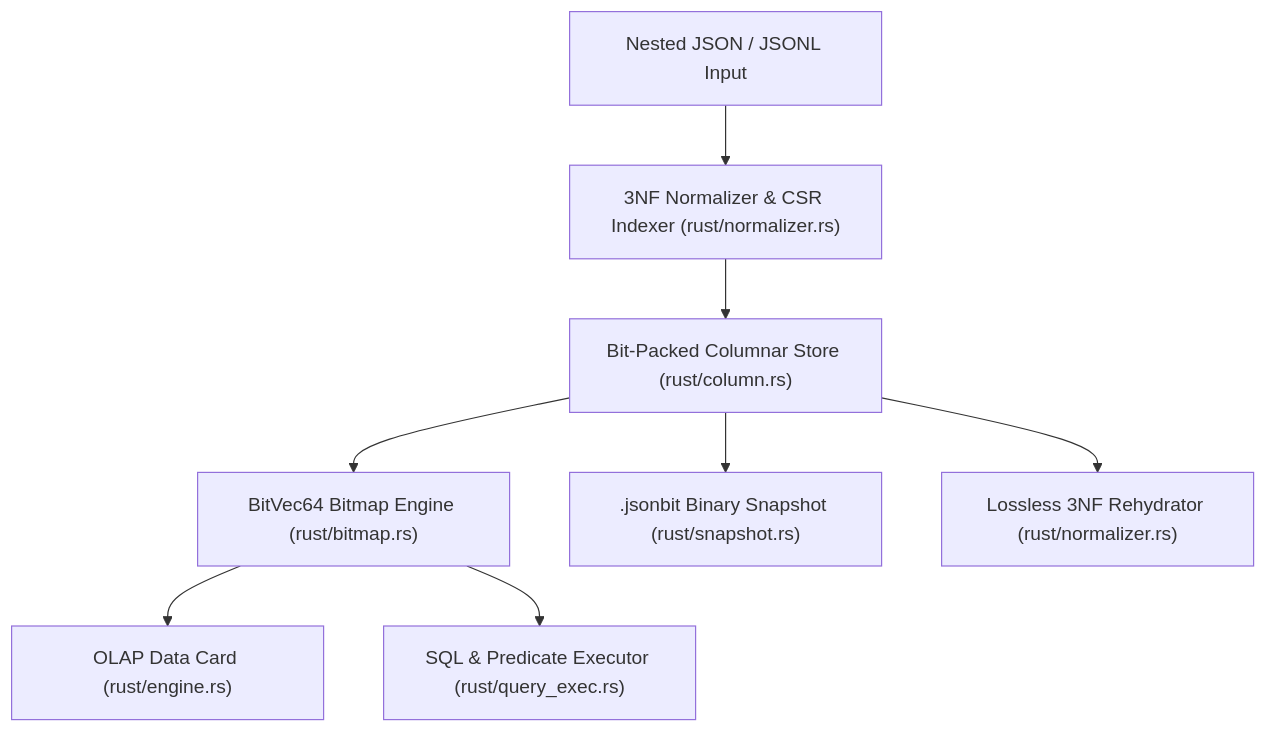
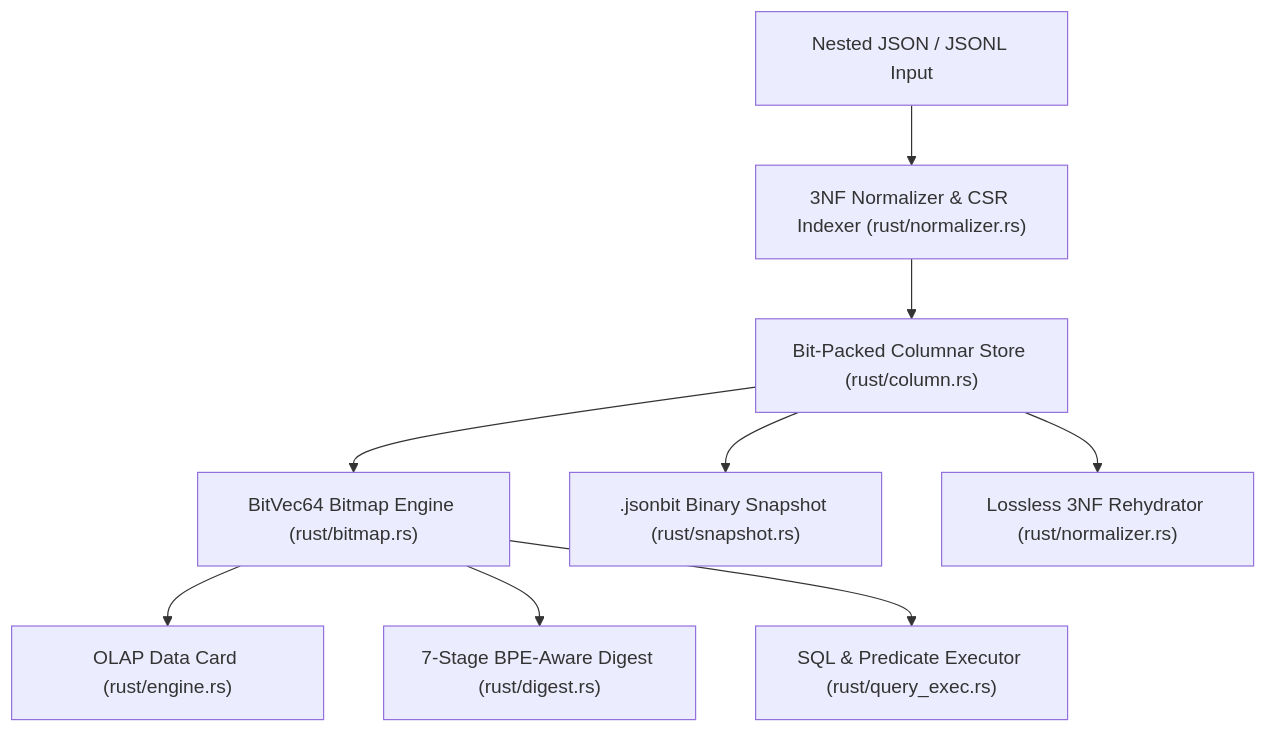
The diagram in README.md (prathikmurugan/jsonbit), drawn with Mermaid before and after one commit. The commit also changed other lines of this file and 8 other files, not shown here.

Commit message:
feat(digest): 7-stage BPE-aware factorized digest (-83.7% vs Pretty JSON), terminal demo & benchmarks (#6)

````diff
--- a/README.md
+++ b/README.md
@@ -199,10 +284,11 @@
 ```mermaid
 flowchart TD
     Input["Nested JSON / JSONL Input"] --> Normalizer["3NF Normalizer & CSR Indexer (rust/normalizer.rs)"]
     Normalizer --> ColStore["Bit-Packed Columnar Store (rust/column.rs)"]
     ColStore --> Bitmap["BitVec64 Bitmap Engine (rust/bitmap.rs)"]
     Bitmap --> Card["OLAP Data Card (rust/engine.rs)"]
+    Bitmap --> Digest["7-Stage BPE-Aware Digest (rust/digest.rs)"]
     Bitmap --> SqlExec["SQL & Predicate Executor (rust/query_exec.rs)"]
     ColStore --> Snapshot[".jsonbit Binary Snapshot (rust/snapshot.rs)"]
     ColStore --> Rehydrate["Lossless 3NF Rehydrator (rust/normalizer.rs)"]
 ```
````
